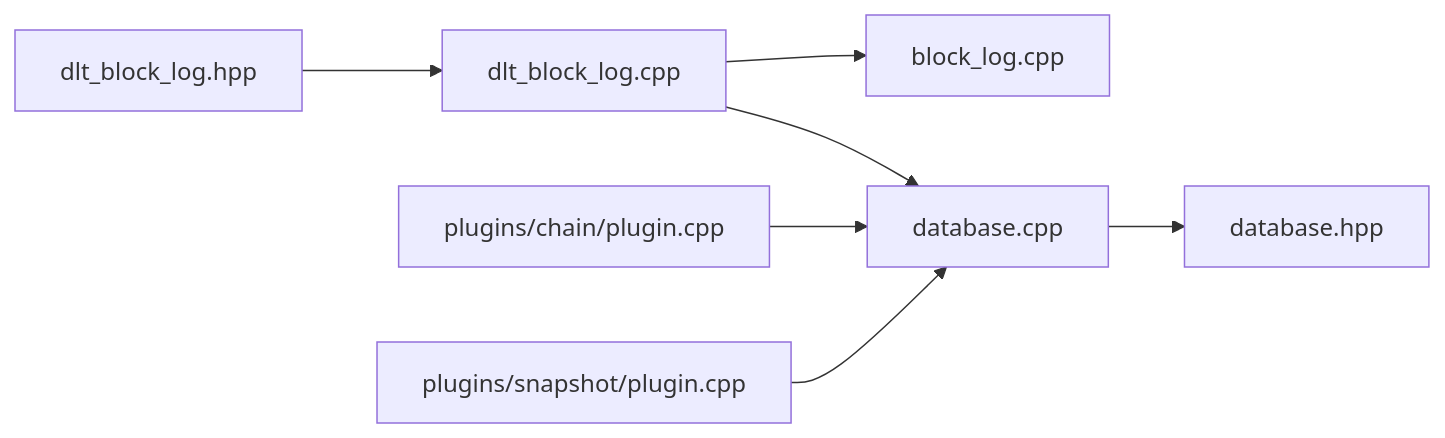
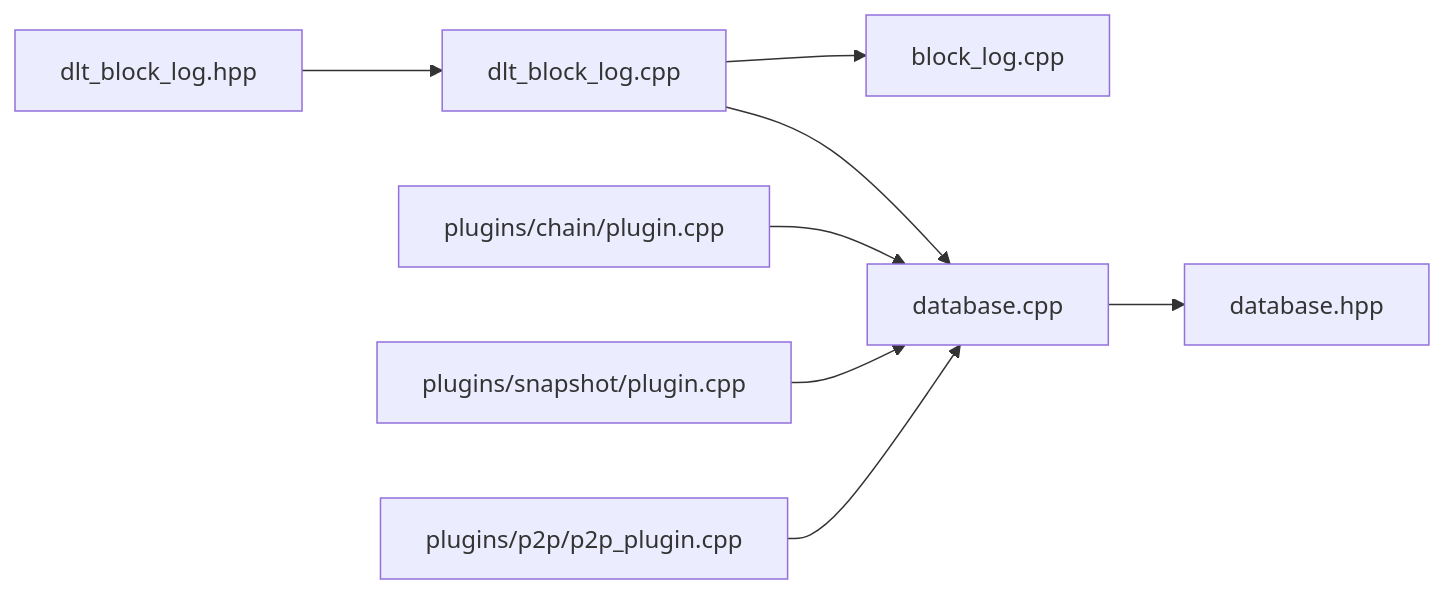
The eighth of 9 diagrams in .qoder/repowiki/en/content/Architecture Overview/Core Libraries/Chain Library/Database Management/DLT Rolling Block Log.md (VIZ-Blockchain/viz-cpp-node), drawn with Mermaid before and after one commit. The commit also changed other lines of this file and 2 other files, not shown here.

````diff
--- a/.qoder/repowiki/en/content/Architecture Overview/Core Libraries/Chain Library/Database Management/DLT Rolling Block Log.md
+++ b/.qoder/repowiki/en/content/Architecture Overview/Core Libraries/Chain Library/Database Management/DLT Rolling Block Log.md
@@ -360,9 +383,10 @@
 ```mermaid
 graph LR
 DLT_H["dlt_block_log.hpp"] --> DLT_CPP["dlt_block_log.cpp"]
 DLT_CPP --> BL_CPP["block_log.cpp"]
 DLT_CPP --> DB_CPP["database.cpp"]
 CP_CPP["plugins/chain/plugin.cpp"] --> DB_CPP
 SP_CPP["plugins/snapshot/plugin.cpp"] --> DB_CPP
+PP_CPP["plugins/p2p/p2p_plugin.cpp"] --> DB_CPP
 DB_CPP --> DH_HPP["database.hpp"]
 ```
````
